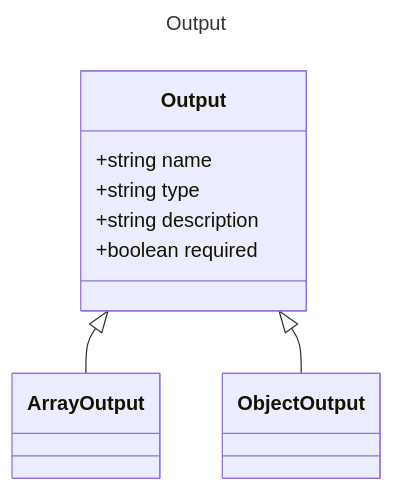
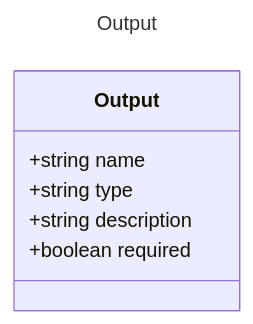
The diagram in specification/prompty/docs/Output.md (microsoft/prompty), drawn with Mermaid before and after one commit. The commit also changed 22 other files, not shown here.

Commit message:
corrected class diagrams

````diff
--- a/specification/prompty/docs/Output.md
+++ b/specification/prompty/docs/Output.md
@@ -8,14 +8,12 @@
 ```mermaid
 ---
 title: Output
 ---
 classDiagram
     class Output {
         +string name
         +string type
         +string description
         +boolean required
     }
-    Output <|-- ArrayOutput
-    Output <|-- ObjectOutput
 ```
````
